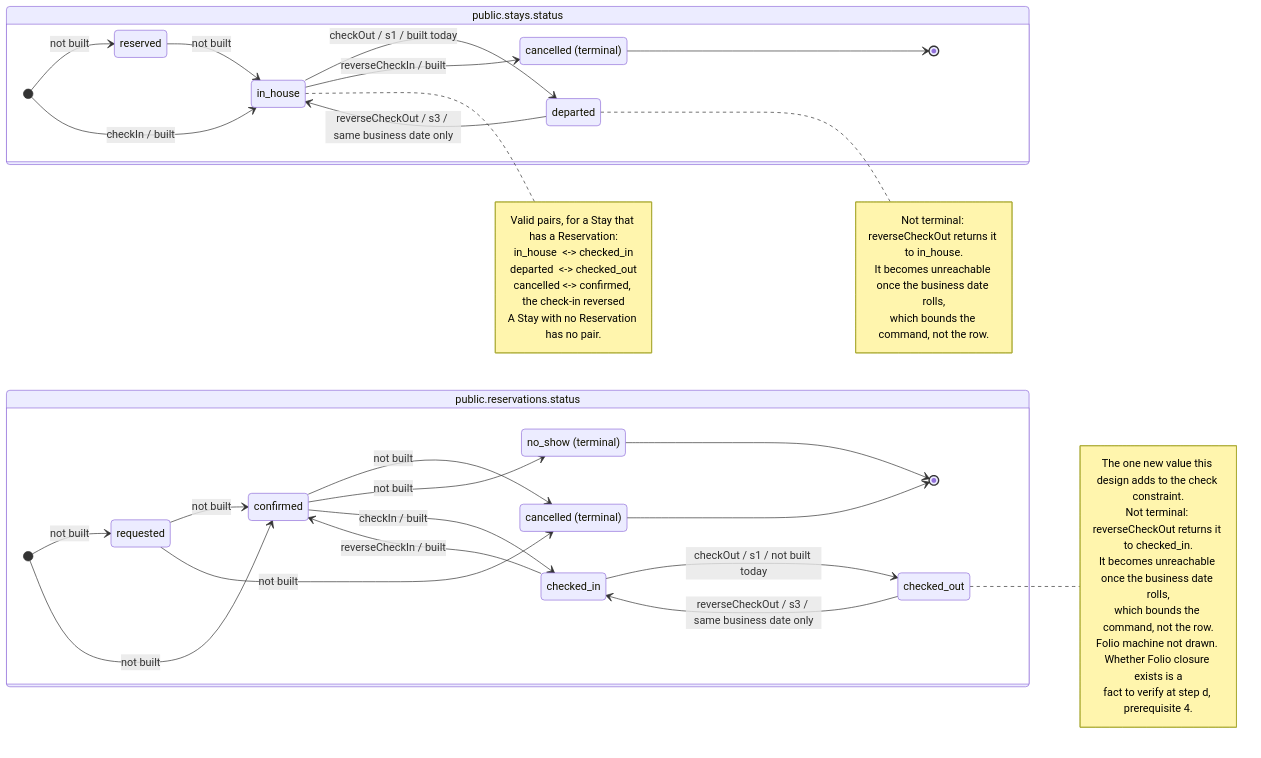
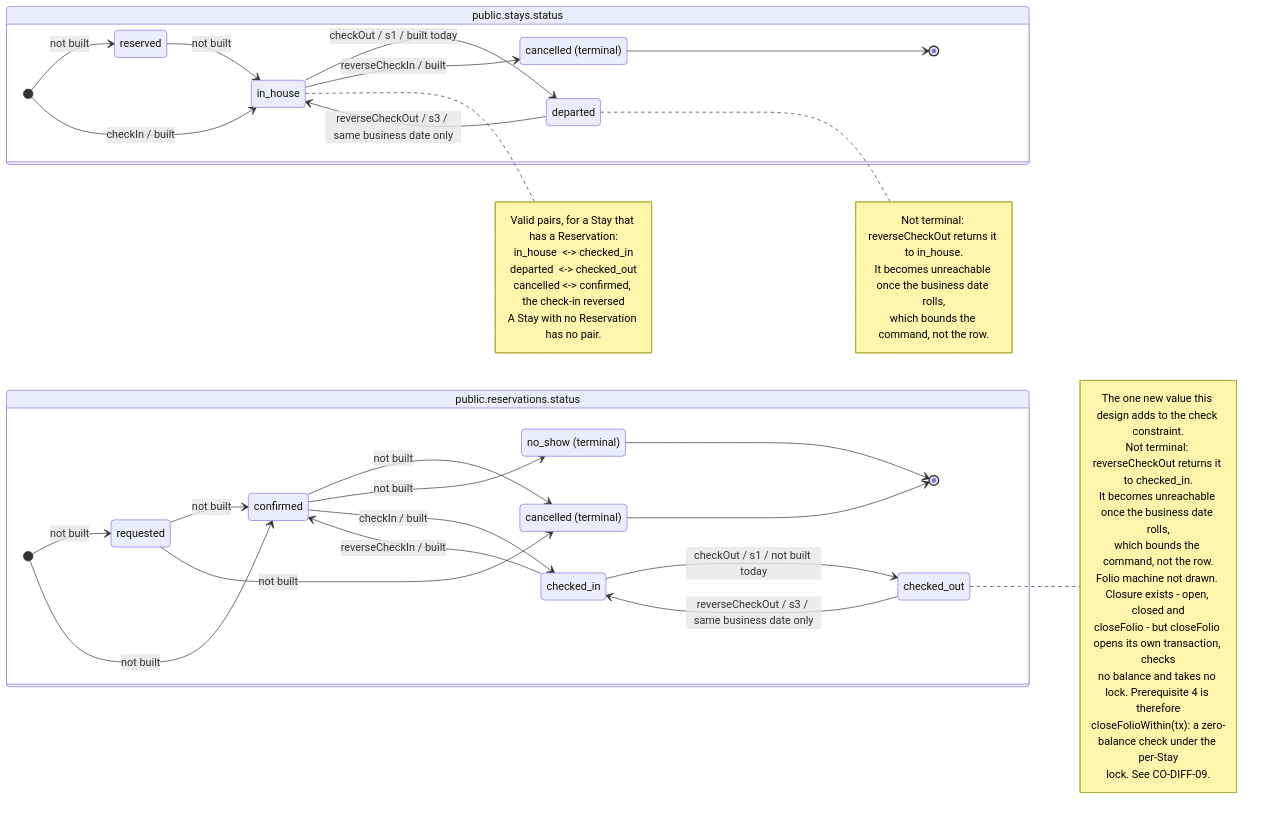
Before and after one commit to prizic/ranza: the diagram in docs/features/check-out/states.mmd, drawn with Mermaid. The commit also changed 2 other files, not shown here.

First paragraph of the commit message:
docs(check-out): the boundaries, and what the code already does differently
94 rows. Every transition in states.mmd has one, every alternative flow in
use-case.mmd has one, and none is enforced by the interface alone.

```diff
--- a/docs/features/check-out/states.mmd
+++ b/docs/features/check-out/states.mmd
@@ -1,79 +1,78 @@
 %% Anything not drawn here is forbidden.
 %% Every transition carries its command and its slice.
 %% "not built" means no command reaches it today: the state exists in the check
 %% constraint and nothing can put a row into it.
 %% Slices: s1 zero-balance check-out, s2 leave a Folio open, s3 reverse,
 %%         s4 subscription exit paths. s2 and s4 add no transition; they decide
 %%         whether s1's transition is allowed, not where it goes.
 %% Ids are prefixed because a state id is global in Mermaid: an unprefixed
 %% "cancelled" is one node shared by both machines, which drew the Stay's
 %% withdrawal as landing in the Reservation.
 stateDiagram-v2
   direction LR
 
   state "public.stays.status" as StayMachine {
     state "reserved" as s_reserved
     state "in_house" as s_in_house
     state "departed" as s_departed
     state "cancelled (terminal)" as s_cancelled
 
     [*] --> s_reserved : not built
     [*] --> s_in_house : checkIn / built
     s_reserved --> s_in_house : not built
     s_in_house --> s_departed : checkOut / s1 / built today
     s_in_house --> s_cancelled : reverseCheckIn / built
     s_departed --> s_in_house : reverseCheckOut / s3 / same business date only
     s_cancelled --> [*]
   }
 
   state "public.reservations.status" as ReservationMachine {
     state "requested" as r_requested
     state "confirmed" as r_confirmed
     state "checked_in" as r_checked_in
     state "checked_out" as r_checked_out
     state "cancelled (terminal)" as r_cancelled
     state "no_show (terminal)" as r_no_show
 
     [*] --> r_requested : not built
     [*] --> r_confirmed : not built
     r_requested --> r_confirmed : not built
     r_requested --> r_cancelled : not built
     r_confirmed --> r_cancelled : not built
     r_confirmed --> r_no_show : not built
     r_confirmed --> r_checked_in : checkIn / built
     r_checked_in --> r_confirmed : reverseCheckIn / built
     r_checked_in --> r_checked_out : checkOut / s1 / not built today
     r_checked_out --> r_checked_in : reverseCheckOut / s3 / same business date only
     r_cancelled --> [*]
     r_no_show --> [*]
   }
 
   note right of s_departed
     Not terminal: reverseCheckOut returns it to in_house.
     It becomes unreachable once the business date rolls,
     which bounds the command, not the row.
   end note
 
   note right of s_in_house
     Valid pairs, for a Stay that has a Reservation:
       in_house  <-> checked_in
       departed  <-> checked_out
       cancelled <-> confirmed, the check-in reversed
     A Stay with no Reservation has no pair.
   end note
 
   note right of r_checked_out
     The one new value this design adds to the check constraint.
     Not terminal: reverseCheckOut returns it to checked_in.
     It becomes unreachable once the business date rolls,
     which bounds the command, not the row.
-    Folio machine not drawn. Whether Folio closure exists is a
-    fact to verify at step d, prerequisite 4.
+    Folio machine not drawn. Closure exists - open, closed and
+    closeFolio - but closeFolio opens its own transaction, checks
+    no balance and takes no lock. Prerequisite 4 is therefore
+    closeFolioWithin(tx): a zero-balance check under the per-Stay
+    lock. See CO-DIFF-09.
   end note
 
-  %% OPEN: does ADR 0022 get amended so check-in reversal uses the append-only
-  %% status-change table too, or do the two reversal shapes stay different?
-  %% As drawn, in_house --> cancelled abandons the Stay while departed --> in_house
-  %% returns it: two different answers to the same question.
-  %% OPEN: nothing reaches reserved. Either a command is missing or the value is,
-  %% and this design does not decide which.
+  %% OPEN: nothing reaches reserved. Deferred to the room assignment feature,
+  %% tracked as CO-NB-10.
```
